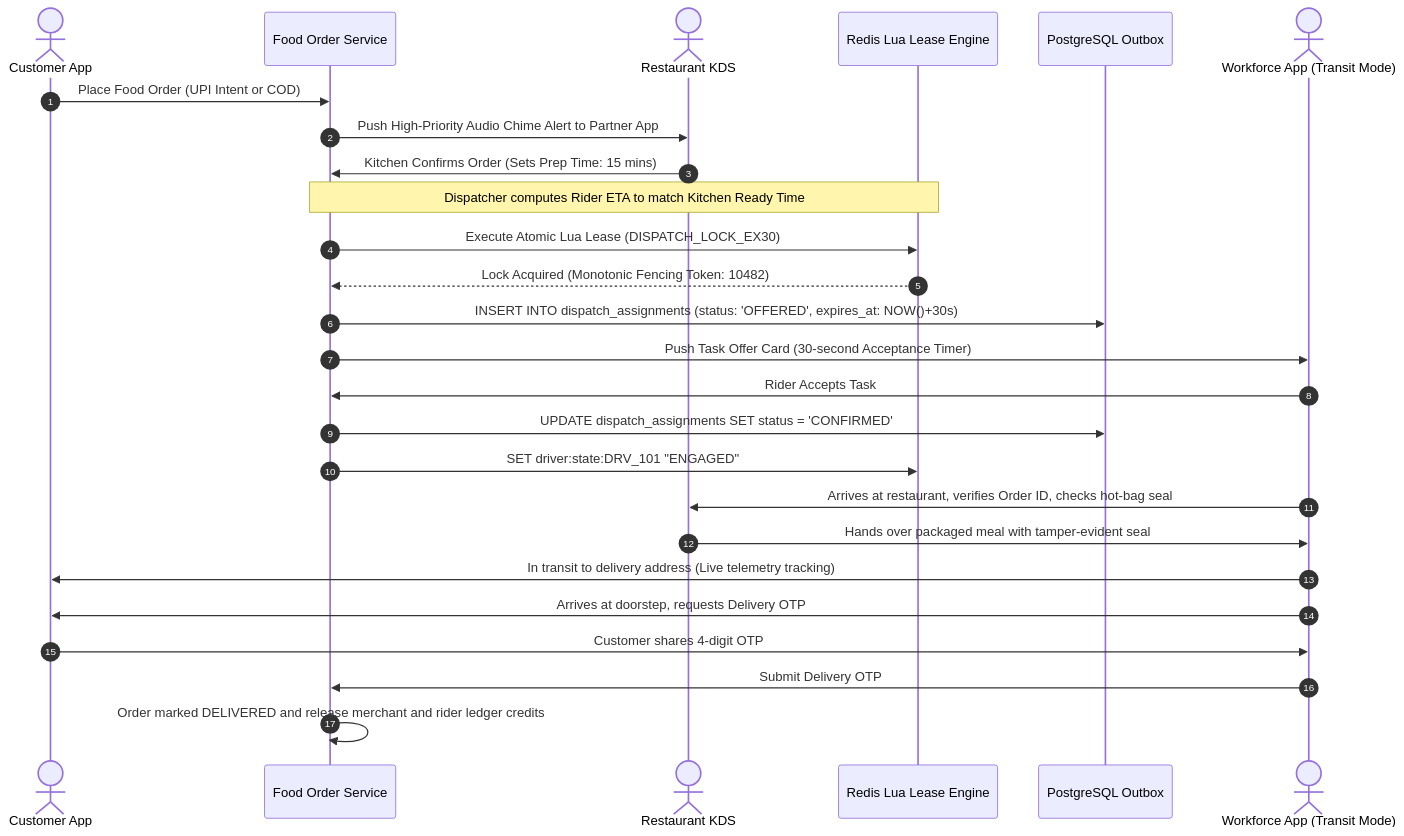
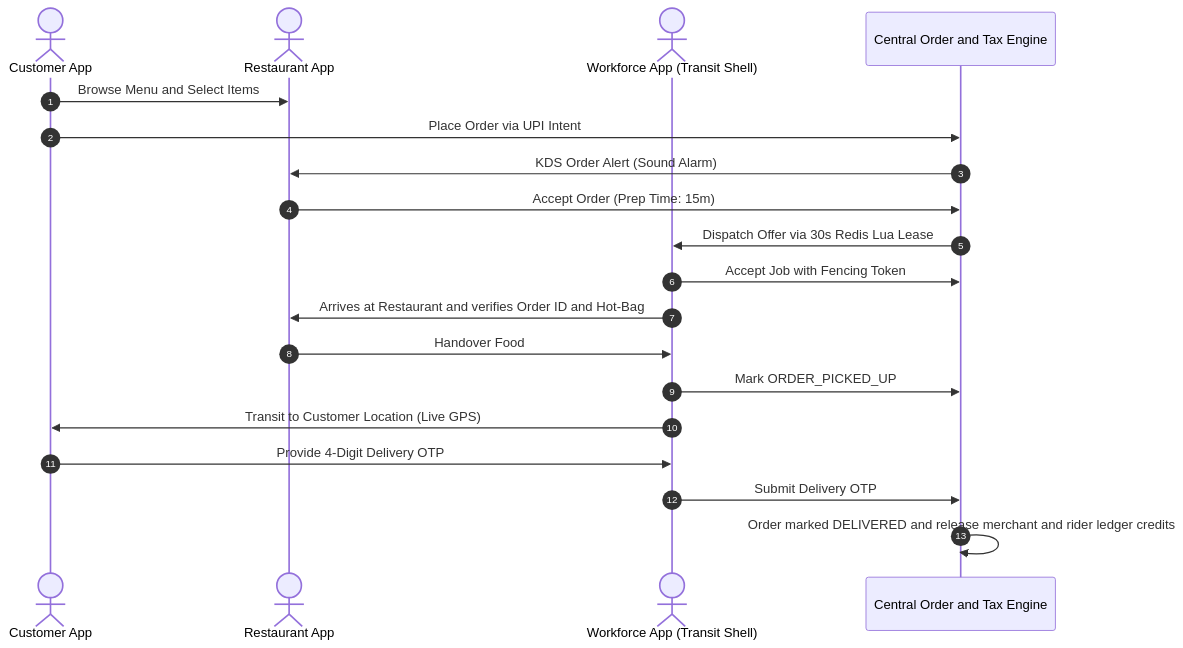
Before and after one commit to programmerfiroz/all-in-one: the fourth of 13 diagrams in docs/06_visual_hierarchy_and_flows/high_level_visual_hierarchy.md, drawn with Mermaid. The commit also changed other lines of this file and 1 other file, not shown here.

Commit message:
docs: implement master visual hierarchy and complete system flow blueprint (VHB-IND-V1.2)

````diff
--- a/docs/06_visual_hierarchy_and_flows/high_level_visual_hierarchy.md
+++ b/docs/06_visual_hierarchy_and_flows/high_level_visual_hierarchy.md
@@ -246,33 +234,22 @@
 ```mermaid
 sequenceDiagram
     autonumber
     actor Cust as Customer App
-    participant Core as Food Order Service
-    actor Rest as Restaurant KDS
-    participant Redis as Redis Lua Lease Engine
-    participant DB as PostgreSQL Outbox
-    actor Rider as Workforce App (Transit Mode)
+    actor Rest as Restaurant App
+    actor Rider as Workforce App (Transit Shell)
+    participant Core as Central Order and Tax Engine
 
-    Cust->>Core: Place Food Order (UPI Intent or COD)
-    Core->>Rest: Push High-Priority Audio Chime Alert to Partner App
-    Rest->>Core: Kitchen Confirms Order (Sets Prep Time: 15 mins)
-    
-    Note over Core,Redis: Dispatcher computes Rider ETA to match Kitchen Ready Time
-    Core->>Redis: Execute Atomic Lua Lease (DISPATCH_LOCK_EX30)
-    Redis-->>Core: Lock Acquired (Monotonic Fencing Token: 10482)
-    Core->>DB: INSERT INTO dispatch_assignments (status: 'OFFERED', expires_at: NOW()+30s)
-    
-    Core->>Rider: Push Task Offer Card (30-second Acceptance Timer)
-    Rider->>Core: Rider Accepts Task
-    Core->>DB: UPDATE dispatch_assignments SET status = 'CONFIRMED'
-    Core->>Redis: SET driver:state:DRV_101 "ENGAGED"
-    
-    Rider->>Rest: Arrives at restaurant, verifies Order ID, checks hot-bag seal
-    Rest->>Rider: Hands over packaged meal with tamper-evident seal
-    Rider->>Cust: In transit to delivery address (Live telemetry tracking)
-    
-    Rider->>Cust: Arrives at doorstep, requests Delivery OTP
-    Cust->>Rider: Customer shares 4-digit OTP
+    Cust->>Rest: Browse Menu and Select Items
+    Cust->>Core: Place Order via UPI Intent
+    Core->>Rest: KDS Order Alert (Sound Alarm)
+    Rest->>Core: Accept Order (Prep Time: 15m)
+    Core->>Rider: Dispatch Offer via 30s Redis Lua Lease
+    Rider->>Core: Accept Job with Fencing Token
+    Rider->>Rest: Arrives at Restaurant and verifies Order ID and Hot-Bag
+    Rest->>Rider: Handover Food
+    Rider->>Core: Mark ORDER_PICKED_UP
+    Rider->>Cust: Transit to Customer Location (Live GPS)
+    Cust->>Rider: Provide 4-Digit Delivery OTP
     Rider->>Core: Submit Delivery OTP
     Core->>Core: Order marked DELIVERED and release merchant and rider ledger credits
 ```
````
